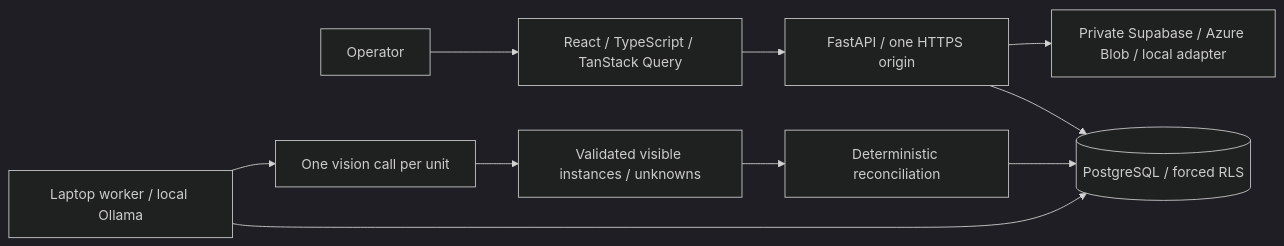
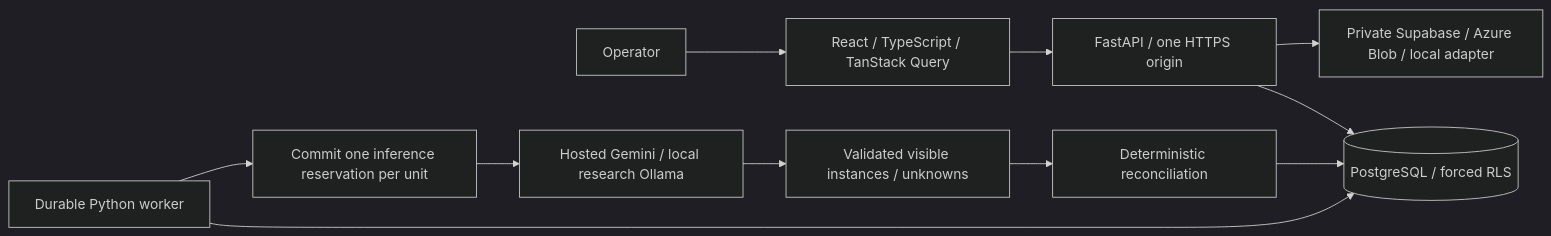
One commit to ganapathyshree007/cube-03-pack-manager changed the diagram in ARCHITECTURE.md. Above: the diagram before and after it, drawn with Mermaid (dark theme). The commit also changed other lines of this file and 36 other files, not shown here.

````diff
--- a/ARCHITECTURE.md
+++ b/ARCHITECTURE.md
@@ -5,12 +5,13 @@
 ```mermaid
 flowchart LR
  Operator --> UI[React / TypeScript / TanStack Query]
  UI --> API[FastAPI / one HTTPS origin]
  API --> DB[(PostgreSQL / forced RLS)]
  API --> Storage[Private Supabase / Azure Blob / local adapter]
- Worker[Laptop worker / local Ollama] --> DB
- Worker --> VLM[One vision call per unit]
+ Worker[Durable Python worker] --> DB
+ Worker --> Budget[Commit one inference reservation per unit]
+ Budget --> VLM[Hosted Gemini / local research Ollama]
  VLM --> Observations[Validated visible instances / unknowns]
  Observations --> Rules[Deterministic reconciliation]
  Rules --> DB
 ```
````
